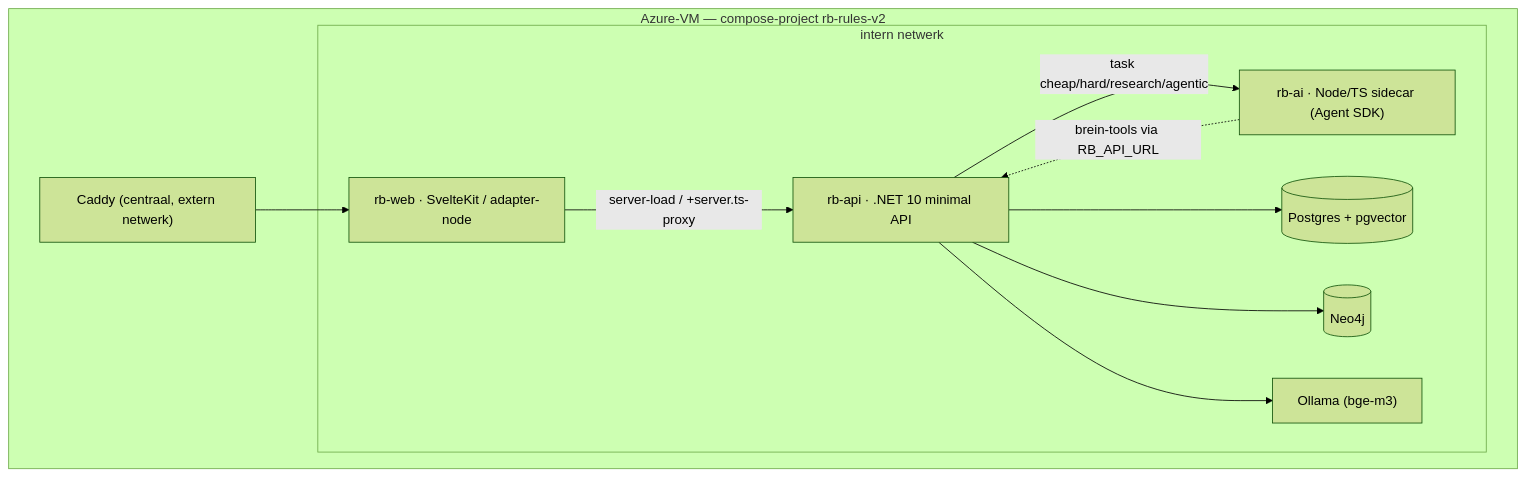
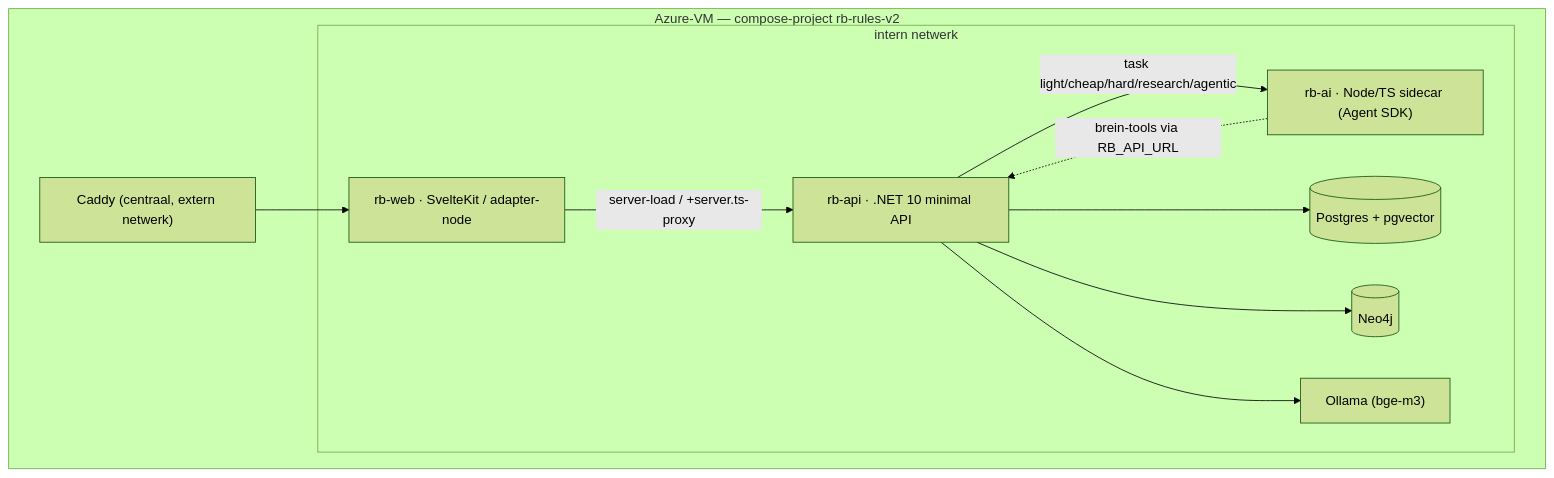
Before and after one commit to Sjoerd-Bo3/RB-Rules: the second of 4 diagrams in docs/ARCHITECTURE.md, drawn with Mermaid (forest theme). The commit also changed other lines of this file and 12 other files, not shown here.

````diff
--- a/docs/ARCHITECTURE.md
+++ b/docs/ARCHITECTURE.md
@@ -185,21 +185,21 @@
 ```mermaid
 flowchart TB
     subgraph vm["Azure-VM — compose-project rb-rules-v2"]
       caddy["Caddy (centraal, extern netwerk)"]
       subgraph internal["intern netwerk"]
         web["rb-web · SvelteKit / adapter-node"]
         api["rb-api · .NET 10 minimal API"]
         ai["rb-ai · Node/TS sidecar (Agent SDK)"]
         pg[("Postgres + pgvector")]
         neo[("Neo4j")]
         ollama["Ollama (bge-m3)"]
       end
     end
     caddy --> web
     web -->|server-load / +server.ts-proxy| api
-    api -->|task cheap/hard/research/agentic| ai
+    api -->|task light/cheap/hard/research/agentic| ai
     api --> pg
     api --> neo
     api --> ollama
     ai -.->|brein-tools via RB_API_URL| api
 ```
````
